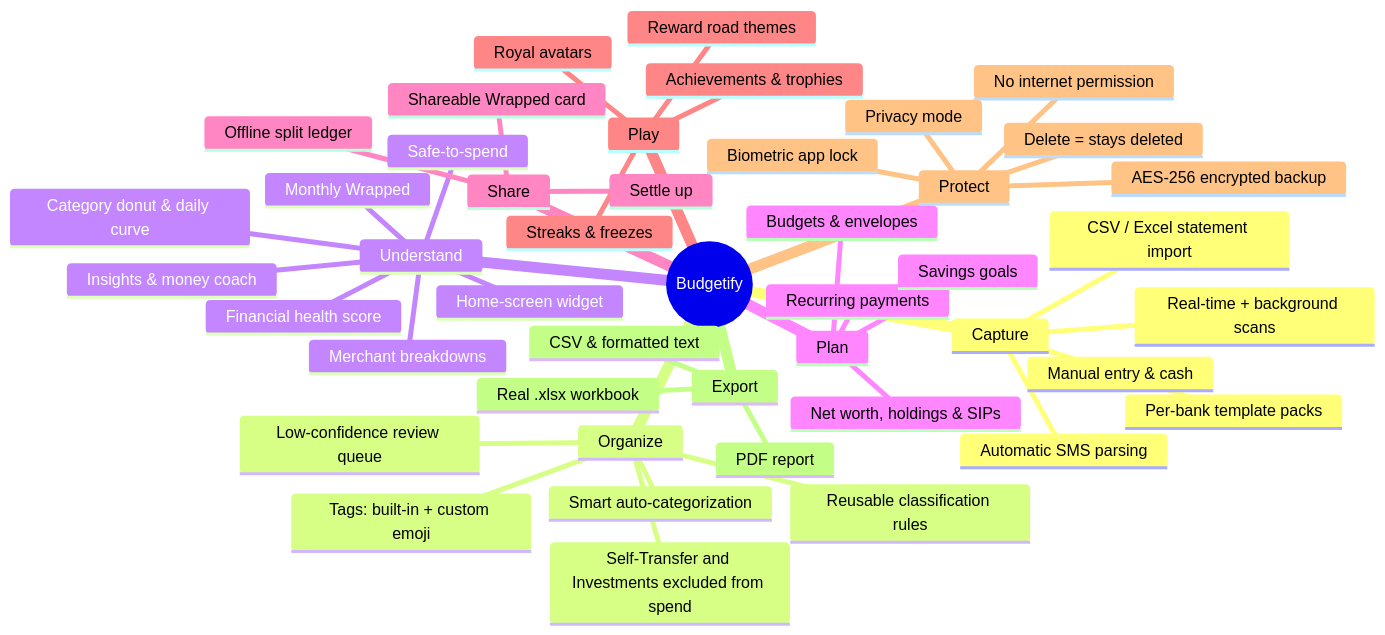
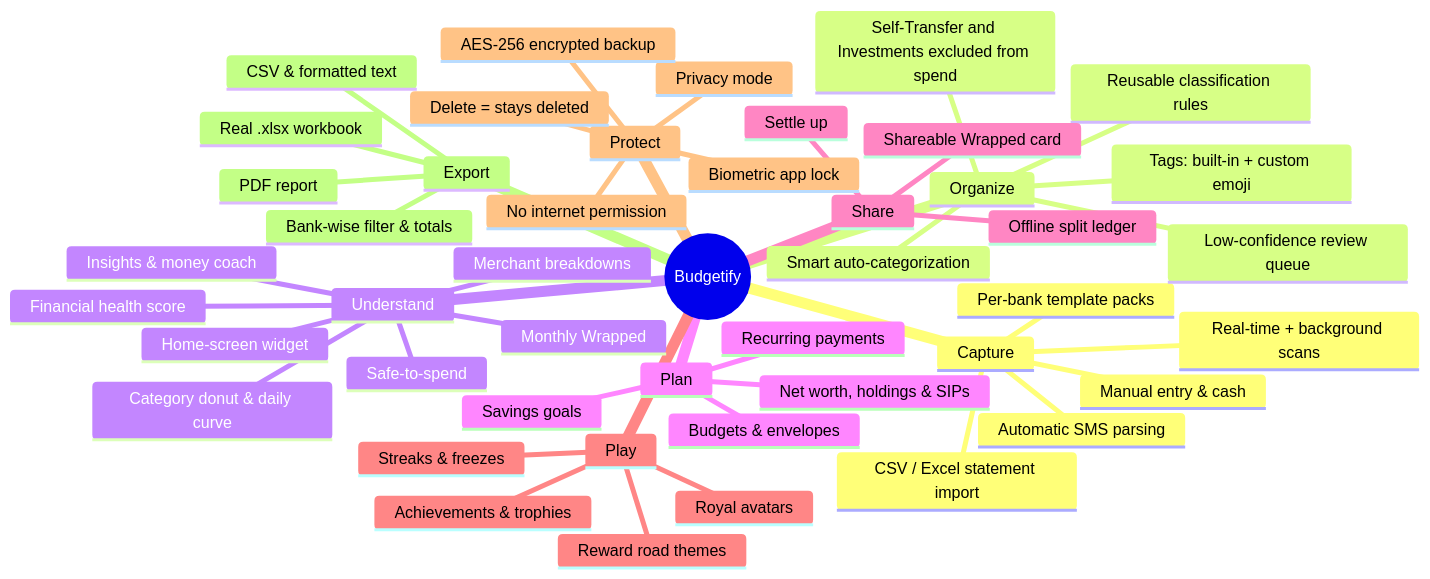
Before and after one commit to Yolo-cell-hash/budgetify: the first of 9 diagrams in README.md, drawn with Mermaid. The commit also changed other lines of this file and 22 other files, not shown here.

````diff
--- a/README.md
+++ b/README.md
@@ -89,48 +89,49 @@
 ```mermaid
 mindmap
   root((Budgetify))
     Capture
       Automatic SMS parsing
       Per-bank template packs
       Real-time + background scans
       CSV / Excel statement import
       Manual entry & cash
     Organize
       Smart auto-categorization
       Tags: built-in + custom emoji
       Reusable classification rules
       Low-confidence review queue
       Self-Transfer and Investments excluded from spend
     Understand
       Financial health score
       Safe-to-spend
       Insights & money coach
       Category donut & daily curve
       Merchant breakdowns
       Monthly Wrapped
       Home-screen widget
     Plan
       Budgets & envelopes
       Recurring payments
       Savings goals
       Net worth, holdings & SIPs
     Share
       Offline split ledger
       Settle up
       Shareable Wrapped card
     Play
       Streaks & freezes
       Achievements & trophies
       Reward road themes
       Royal avatars
     Protect
       No internet permission
       Biometric app lock
       Privacy mode
       AES-256 encrypted backup
       Delete = stays deleted
     Export
       Real .xlsx workbook
       PDF report
       CSV & formatted text
+      Bank-wise filter & totals
 ```
````
